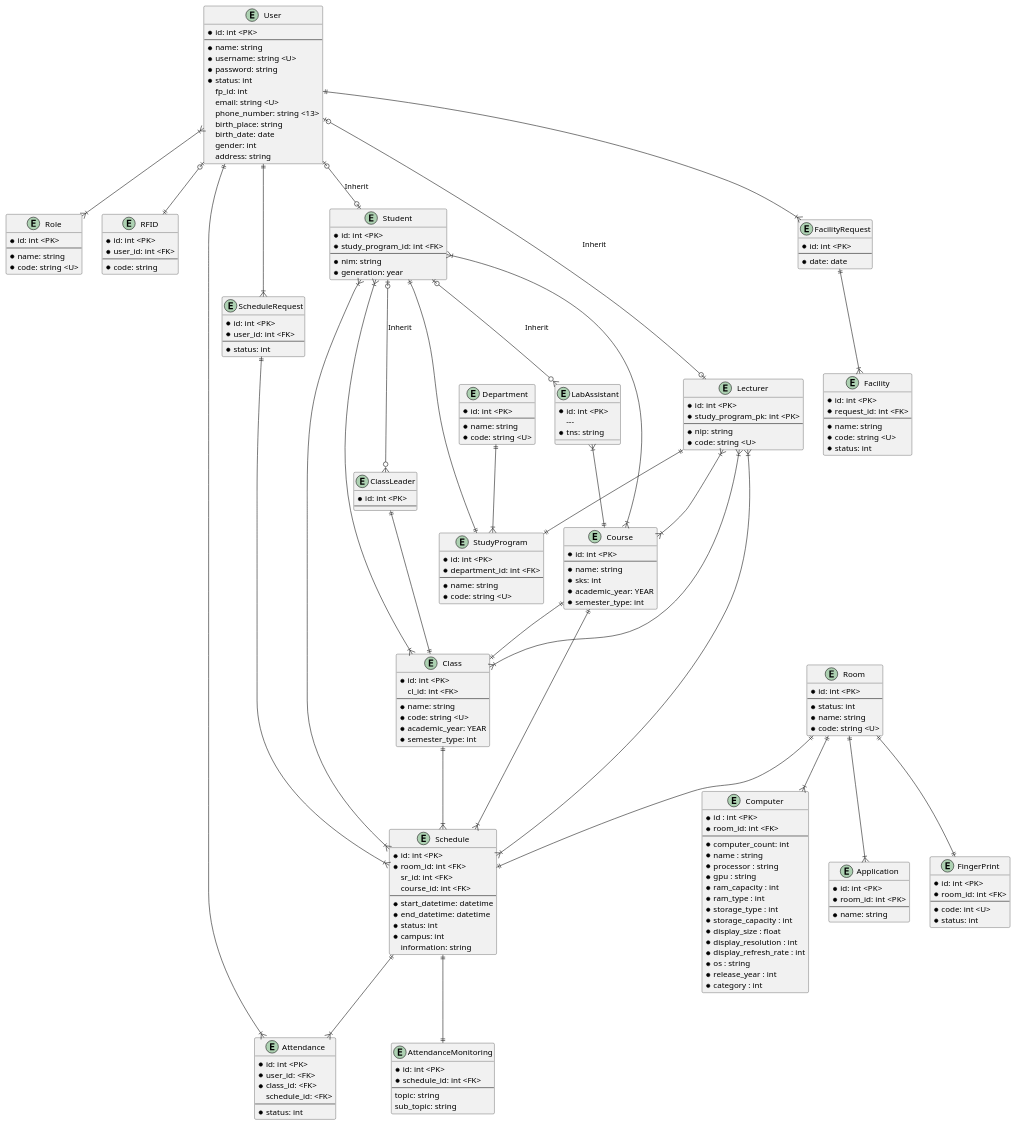
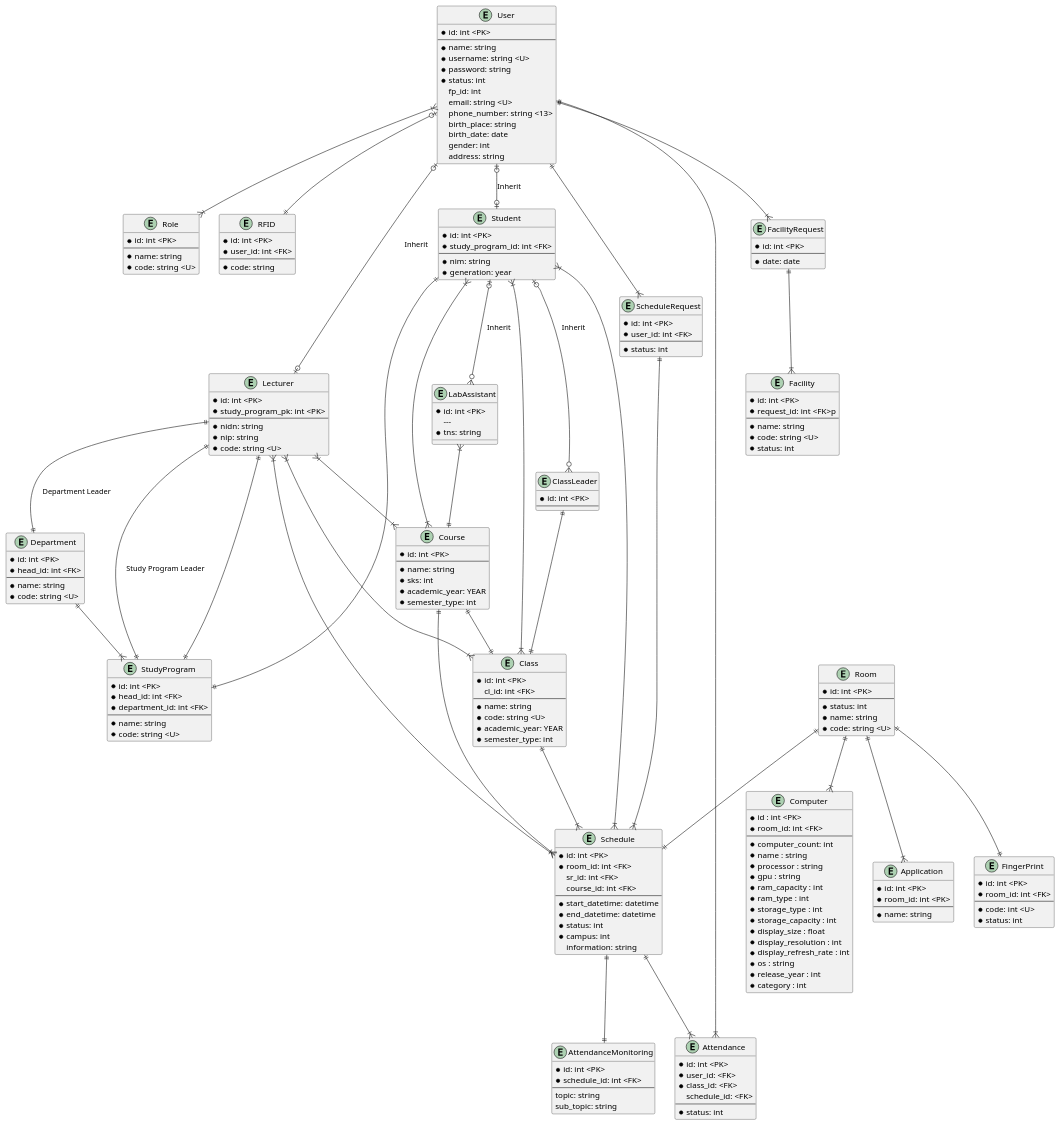
One commit to codebaradev/Simlab changed the diagram in docs/erd.plantuml. Above: the diagram before and after it, drawn with PlantUML. The commit also changed 21 other files, not shown here.

```diff
--- a/docs/erd.plantuml
+++ b/docs/erd.plantuml
@@ -45,6 +45,7 @@
     * id: int <PK>
     * study_program_pk: int <PK>
     ---
+    * nidn: string
     * nip: string
     * code: string <U>
 }
@@ -68,12 +69,11 @@
     * tns: string
 }
 
-
-
 ' Main
 
 entity "Department" as department {
     * id: int <PK>
+    * head_id: int <FK>
     ---
     * name: string
     * code: string <U>
@@ -81,6 +81,7 @@
 
 entity "StudyProgram" as study_program {
     * id: int <PK>
+    * head_id: int <FK> 
     * department_id: int <FK>
     ---
     * name: string
@@ -113,7 +114,7 @@
 
 entity "Facility" as facility {
     * id: int <PK>
-    * request_id: int <FK>
+    * request_id: int <FK>p
     ---
     * name: string
     * code: string <U>
@@ -166,6 +167,9 @@
     * code: string <U>
 }
 
+' TODO: NIDN kode nama prodi dosen
+' TODO: nim nama kelas status (asleb, dibanned)
+
 entity Computer {
     * id : int <PK>
     * room_id: int <FK>
@@ -207,6 +211,9 @@
 user |o--o| student: "Inherit"
 student |o--o{ class_leader: "Inherit"
 student |o--o{ LabAssistant: "Inherit"
+lecturer ||--|| department: "Department Leader"
+lecturer ||--|| study_program: "Study Program Leader"
+
 
 user |o--|| RFID
 
```
